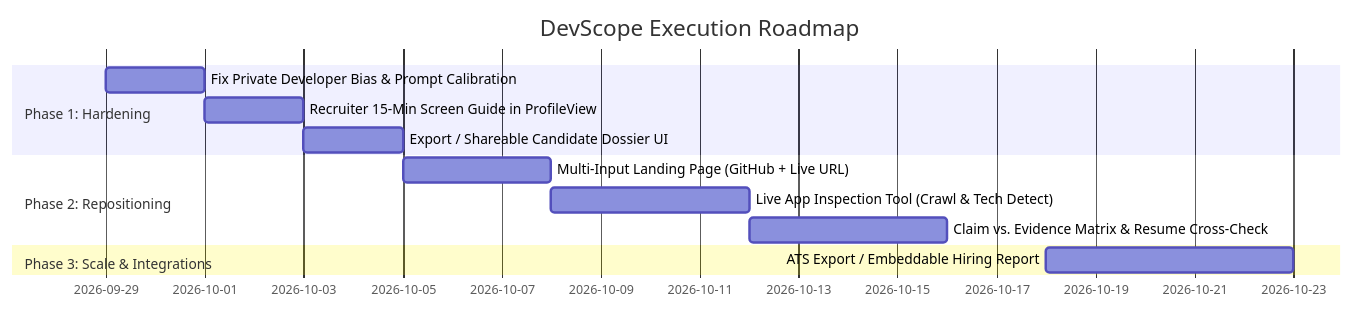
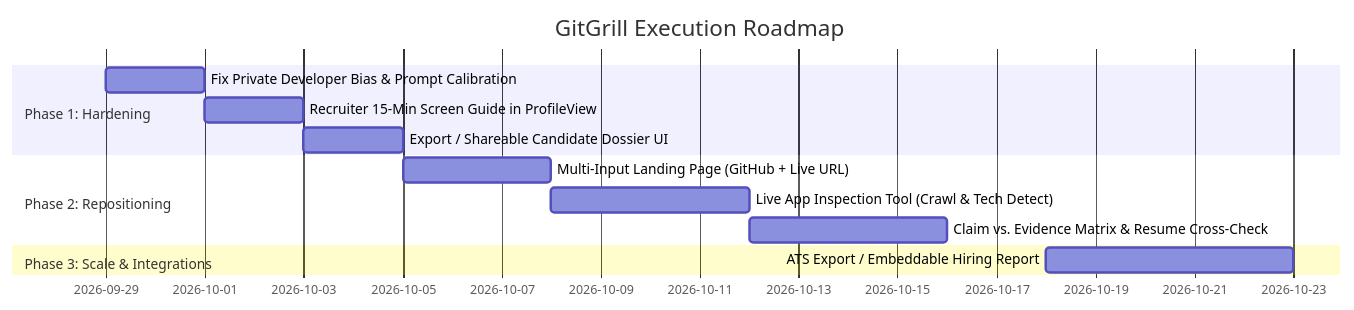
Before and after one commit to rabby-xponent/devscope: the diagram in product_roadmap_and_plan.md, drawn with Mermaid. The commit also changed other lines of this file and 52 other files, not shown here.

Commit message:
Refactor branding from DevScope to GitGrill across documentation, backend, and frontend components.

````diff
--- a/product_roadmap_and_plan.md
+++ b/product_roadmap_and_plan.md
@@ -108,15 +108,15 @@
 ```mermaid
 gantt
-    title DevScope Execution Roadmap
+    title GitGrill Execution Roadmap
     dateFormat  YYYY-MM-DD
     section Phase 1: Hardening
     Fix Private Developer Bias & Prompt Calibration :p1_1, 2026-09-29, 2d
     Recruiter 15-Min Screen Guide in ProfileView      :p1_2, after p1_1, 2d
     Export / Shareable Candidate Dossier UI          :p1_3, after p1_2, 2d
     section Phase 2: Repositioning
     Multi-Input Landing Page (GitHub + Live URL)     :p2_1, 2026-10-05, 3d
     Live App Inspection Tool (Crawl & Tech Detect)   :p2_2, after p2_1, 4d
     Claim vs. Evidence Matrix & Resume Cross-Check   :p2_3, after p2_2, 4d
     section Phase 3: Scale & Integrations
     ATS Export / Embeddable Hiring Report            :p3_1, 2026-10-18, 5d
 ```
````
